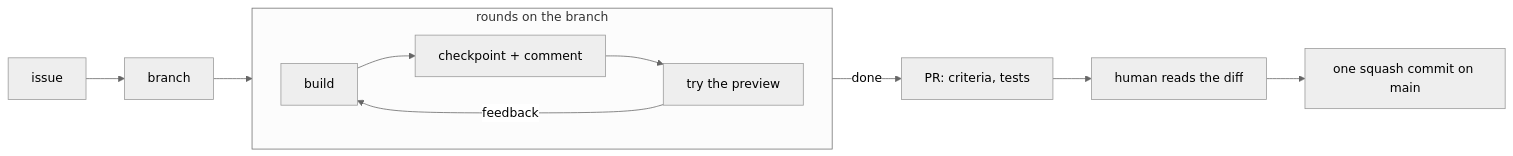
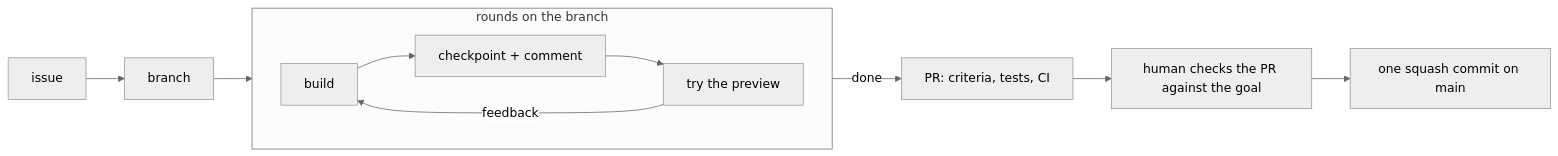
The second of 2 diagrams in README.md (AlexHagemeister/gnadd), drawn with Mermaid (neutral theme) before and after one commit. The commit also changed other lines of this file and 21 other files, not shown here.

````diff
--- a/README.md
+++ b/README.md
@@ -87,13 +87,13 @@
 ```mermaid
 flowchart LR
   I[issue] --> B[branch]
   subgraph rounds [rounds on the branch]
     direction LR
     R[build] --> C[checkpoint + comment] --> T[try the preview]
     T -->|feedback| R
   end
   B --> R
-  T -->|done| PR[PR: criteria, tests]
-  PR --> D[human reads the diff]
+  T -->|done| PR[PR: criteria, tests, CI]
+  PR --> D[human checks the PR against the goal]
   D --> M[one squash commit on main]
 ```
````
